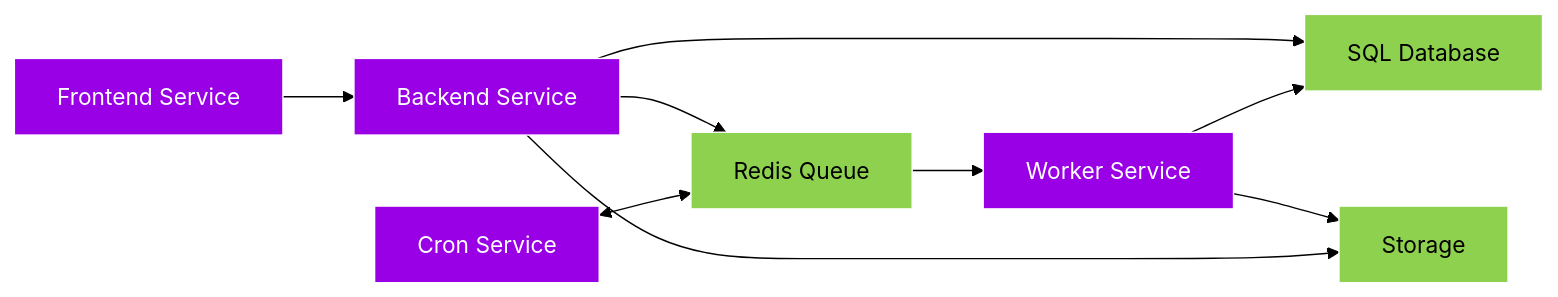
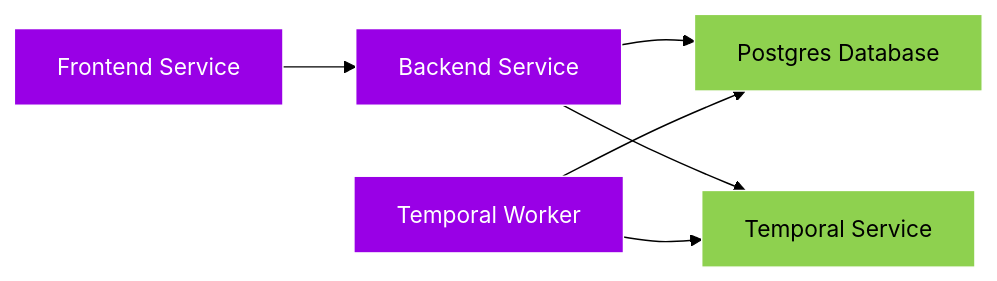
One commit to growchief/docs changed the diagram in pages/howitworks.mdx. Above: the diagram before and after it, drawn with Mermaid (forest theme). The commit also changed other lines of this file and 13 other files, not shown here.

````diff
--- a/pages/howitworks.mdx
+++ b/pages/howitworks.mdx
@@ -10,23 +10,17 @@
 ```mermaid
 flowchart LR;
     classDef ext fill:#8ED14F,color:black,stroke:#fff
     classDef svc fill:#9900e6,color:white,stroke:#fff
 
     frontend[Frontend Service]:::svc
     backend[Backend Service]:::svc
-    cron[Cron Service]:::svc
-    workers[Worker Service]:::svc
-    redis[Redis Queue]:::ext
-    db[SQL Database]:::ext
-    storage[Storage]:::ext
+    orchestrator[Temporal Worker]:::svc
+    temporal[Temporal Service]:::ext
+    postgres[Postgres Database]:::ext
 
 	frontend --> backend
-    backend --> db
-    backend --> redis
-    cron <--> redis
-    workers --> storage
-    workers --> db
-    redis --> workers
-    backend --> storage
-
+    backend --> postgres
+    backend --> temporal
+    orchestrator --> temporal
+    orchestrator --> postgres
 ```
````
